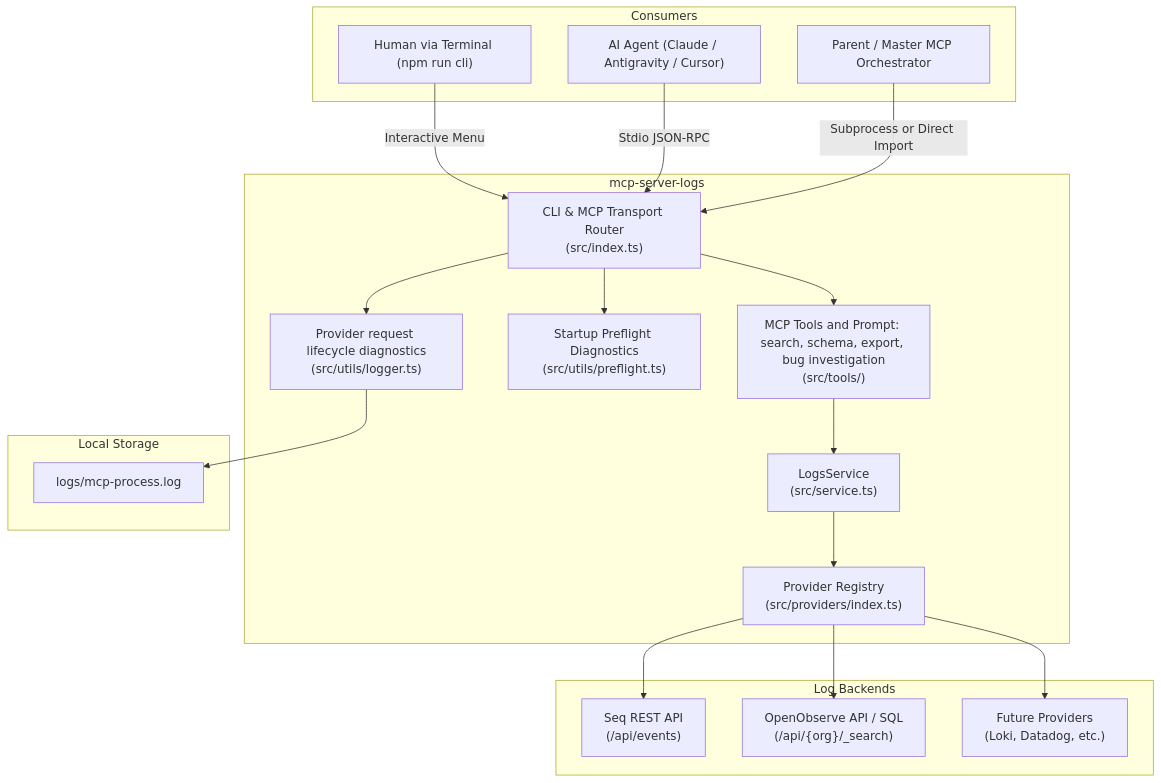
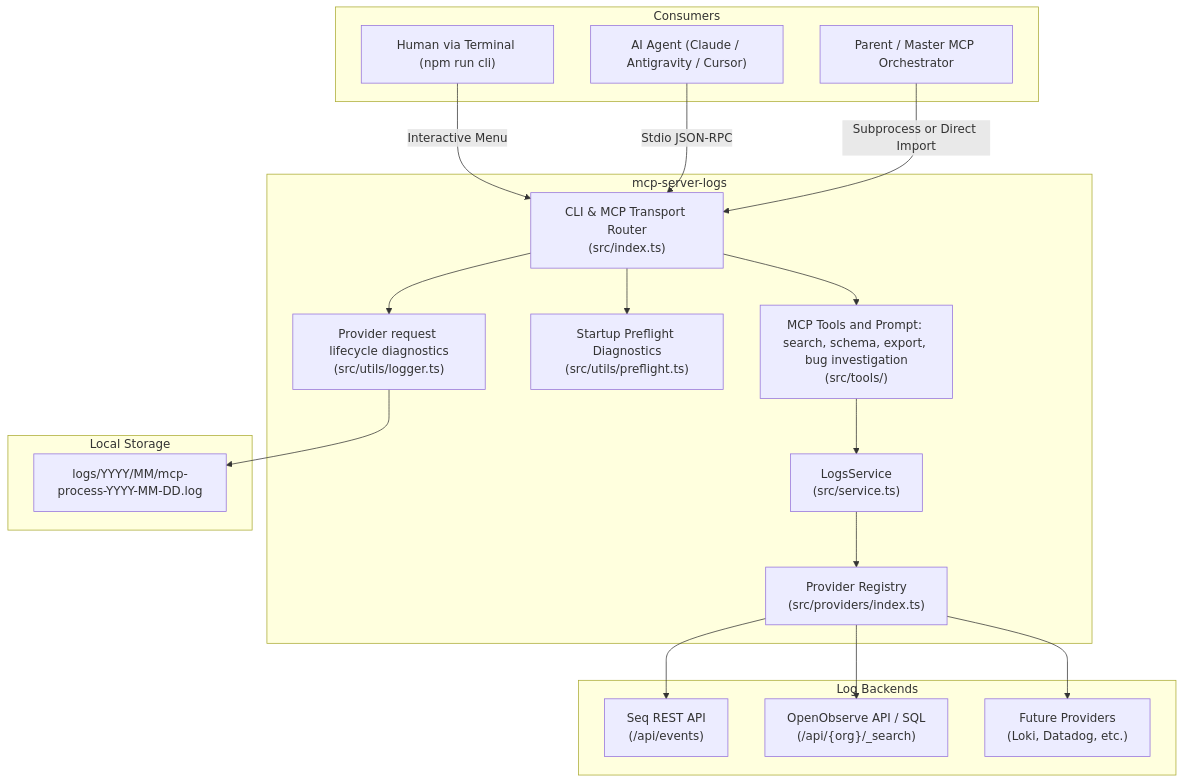
The first of 3 diagrams in docs/ARCHITECTURE.md (Ninh-Duong/mcp-server-log-hub), drawn with Mermaid before and after one commit. The commit also changed other lines of this file and 11 other files, not shown here.

````diff
--- a/docs/ARCHITECTURE.md
+++ b/docs/ARCHITECTURE.md
@@ -7,42 +7,42 @@
 ```mermaid
 flowchart TD
     subgraph Clients["Consumers"]
         CLI["Human via Terminal (npm run cli)"]
         AI["AI Agent (Claude / Antigravity / Cursor)"]
         MasterMCP["Parent / Master MCP Orchestrator"]
     end
 
     subgraph CoreHub["mcp-server-logs"]
         Router["CLI & MCP Transport Router\n(src/index.ts)"]
         Tools["MCP Tools and Prompt: search, schema, export, bug investigation\n(src/tools/)"]
         Service["LogsService\n(src/service.ts)"]
         Registry["Provider Registry\n(src/providers/index.ts)"]
         Preflight["Startup Preflight Diagnostics\n(src/utils/preflight.ts)"]
         Logger["Provider request lifecycle diagnostics\n(src/utils/logger.ts)"]
     end
 
     subgraph Providers["Log Backends"]
         SeqAPI["Seq REST API\n(/api/events)"]
         ObserveAPI["OpenObserve API / SQL\n(/api/{org}/_search)"]
         FutureAPI["Future Providers\n(Loki, Datadog, etc.)"]
     end
 
     subgraph Storage["Local Storage"]
-        LogFile["logs/mcp-process.log"]
+        LogFile["logs/YYYY/MM/mcp-process-YYYY-MM-DD.log"]
     end
 
     CLI -->|Interactive Menu| Router
     AI -->|Stdio JSON-RPC| Router
     MasterMCP -->|Subprocess or Direct Import| Router
 
     Router --> Tools
     Tools --> Service
     Service --> Registry
     Registry --> SeqAPI
     Registry --> ObserveAPI
     Registry --> FutureAPI
 
     Router --> Preflight
     Router --> Logger
     Logger --> LogFile
 ```
````
